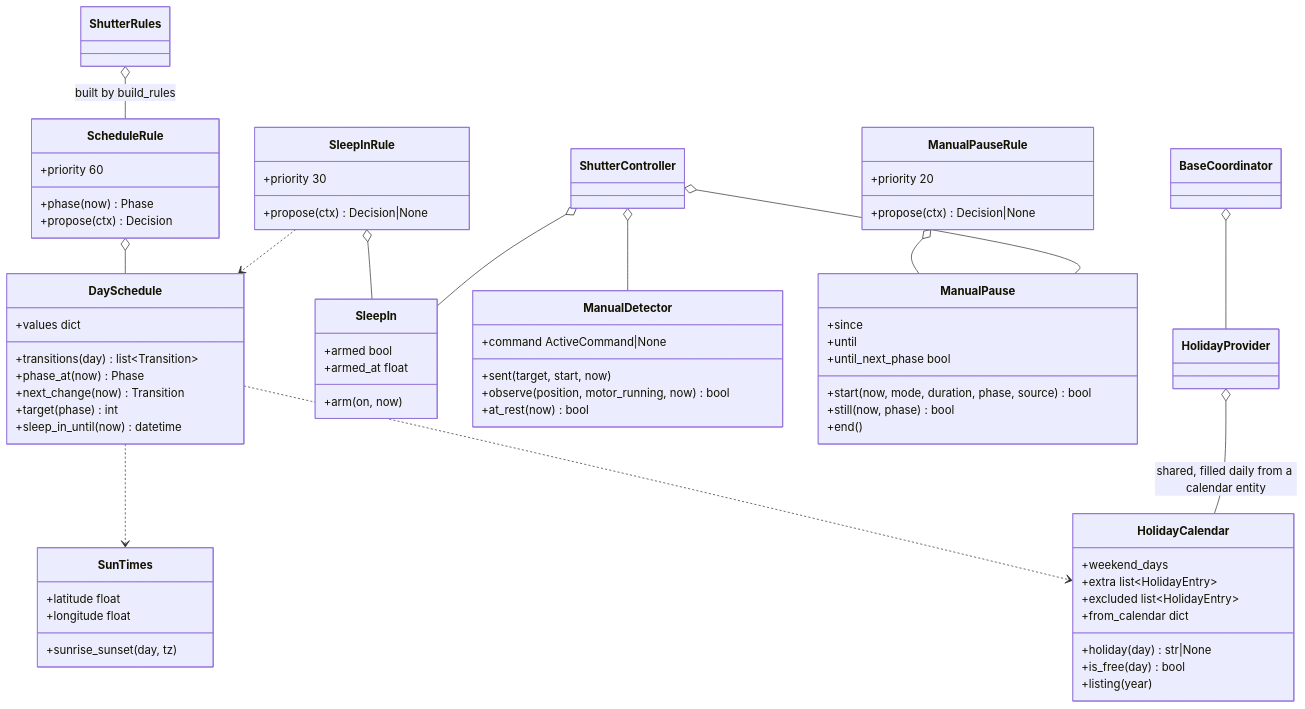
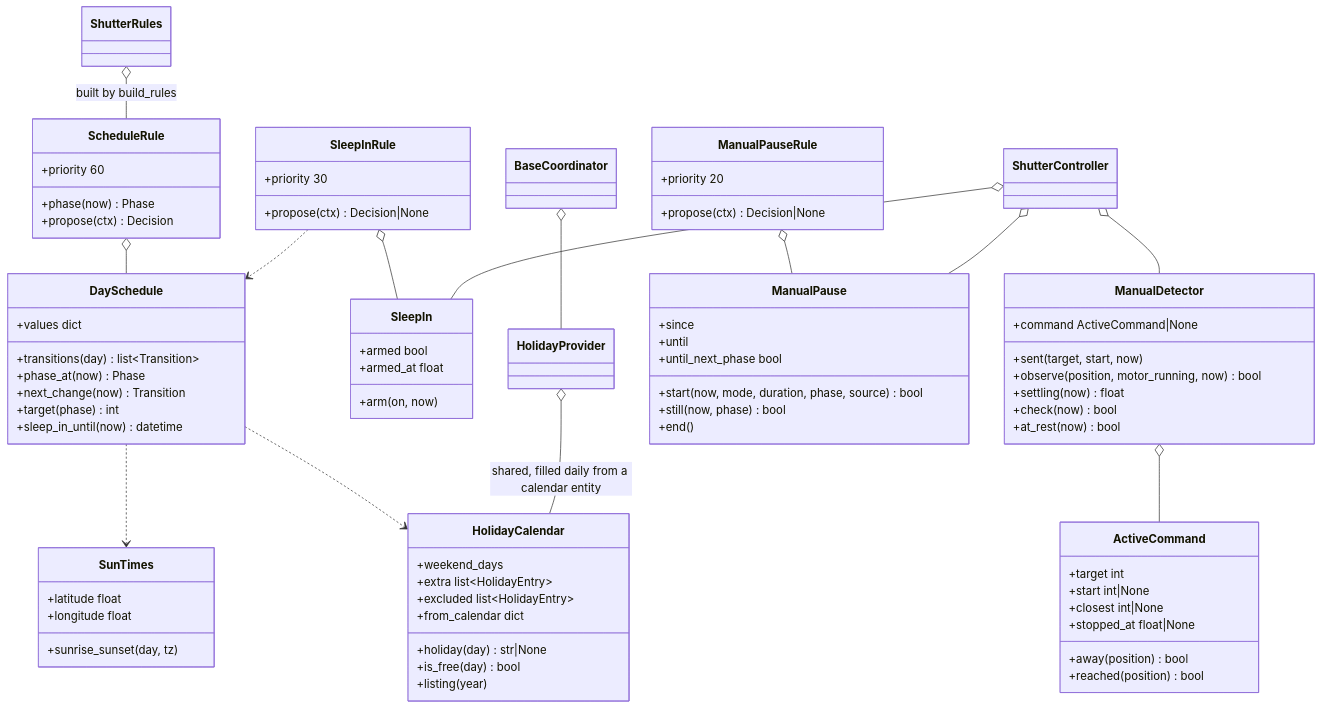
One commit to abroeders/smart-shutter-control changed diagram 14 of 47 in docs/architecture.md. Above: the diagram before and after it, drawn with Mermaid. The commit also changed other lines of this file and 18 other files, not shown here.

````diff
--- a/docs/architecture.md
+++ b/docs/architecture.md
@@ -564,70 +565,81 @@
 ```mermaid
 classDiagram
     direction TB
     class DaySchedule {
         +values dict
         +transitions(day) list~Transition~
         +phase_at(now) Phase
         +next_change(now) Transition
         +target(phase) int
         +sleep_in_until(now) datetime
     }
     class SunTimes {
         +latitude float
         +longitude float
         +sunrise_sunset(day, tz)
     }
     class HolidayCalendar {
         +weekend_days
         +extra list~HolidayEntry~
         +excluded list~HolidayEntry~
         +from_calendar dict
         +holiday(day) str|None
         +is_free(day) bool
         +listing(year)
     }
     class ScheduleRule {
         +priority 60
         +phase(now) Phase
         +propose(ctx) Decision
     }
     class SleepIn {
         +armed bool
         +armed_at float
         +arm(on, now)
     }
     class SleepInRule {
         +priority 30
         +propose(ctx) Decision|None
     }
     class ManualDetector {
         +command ActiveCommand|None
         +sent(target, start, now)
         +observe(position, motor_running, now) bool
+        +settling(now) float
+        +check(now) bool
         +at_rest(now) bool
+    }
+    class ActiveCommand {
+        +target int
+        +start int|None
+        +closest int|None
+        +stopped_at float|None
+        +away(position) bool
+        +reached(position) bool
     }
     class ManualPause {
         +since
         +until
         +until_next_phase bool
         +start(now, mode, duration, phase, source) bool
         +still(now, phase) bool
         +end()
     }
     class ManualPauseRule {
         +priority 20
         +propose(ctx) Decision|None
     }
     DaySchedule ..> SunTimes
     DaySchedule ..> HolidayCalendar
     ScheduleRule o-- DaySchedule
     SleepInRule o-- SleepIn
     SleepInRule ..> DaySchedule
     ManualPauseRule o-- ManualPause
     ShutterController o-- ManualDetector
+    ManualDetector o-- ActiveCommand
     ShutterController o-- ManualPause
     ShutterRules o-- ScheduleRule : built by build_rules
     ShutterController o-- SleepIn
     HolidayProvider o-- HolidayCalendar : shared, filled daily from a calendar entity
     BaseCoordinator o-- HolidayProvider
 ```
````
